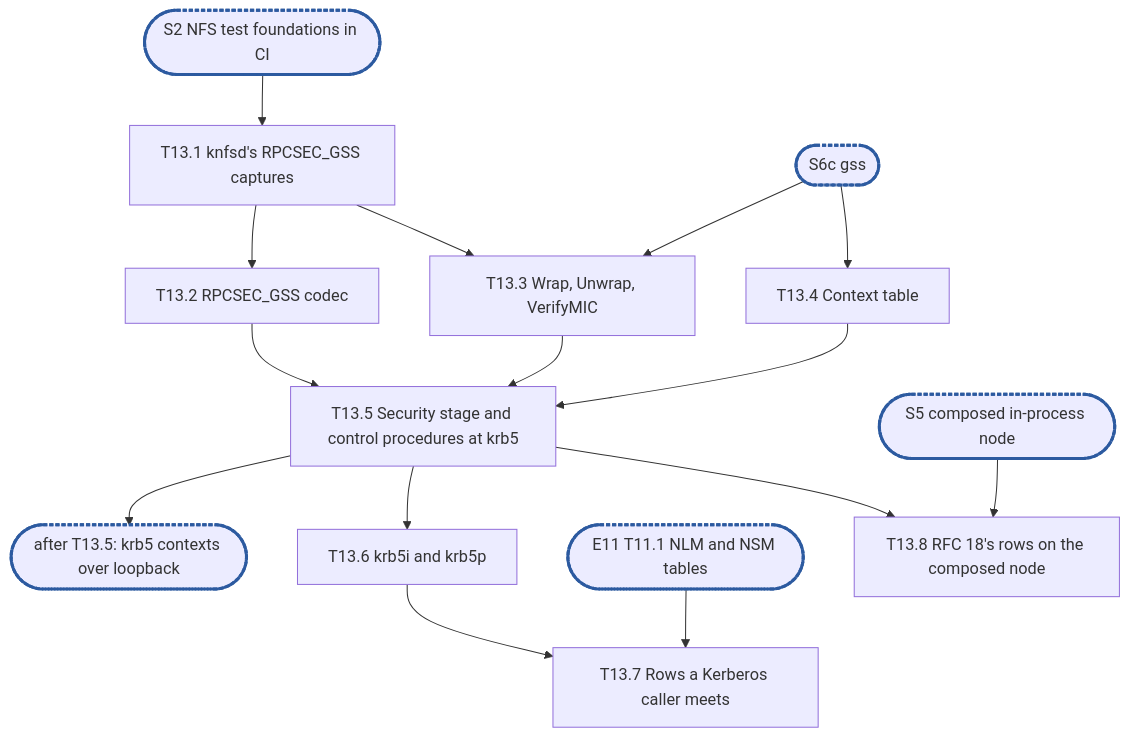
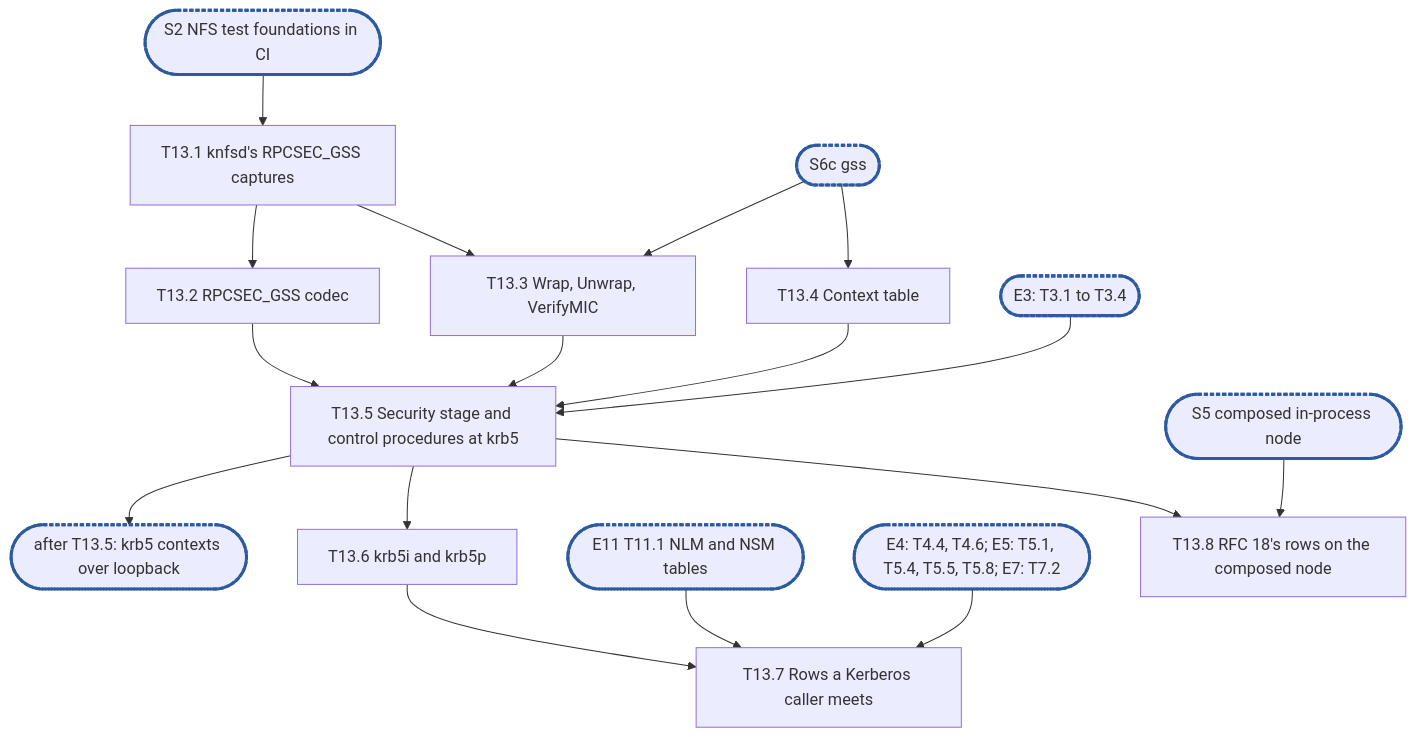
Before and after one commit to cubbit/dittofs: the diagram in .planning/rfc-21-nfs-epic13.md, drawn with Mermaid. The commit also changed other lines of this file, not shown here.

````diff
--- a/.planning/rfc-21-nfs-epic13.md
+++ b/.planning/rfc-21-nfs-epic13.md
@@ -643,16 +662,18 @@
 ```mermaid
 flowchart TD
   S2(["S2 NFS test foundations in CI"]):::sync --> T13_1["T13.1 knfsd's RPCSEC_GSS captures"]
   T13_1 --> T13_2["T13.2 RPCSEC_GSS codec"]
   S6c(["S6c gss"]):::sync --> T13_3["T13.3 Wrap, Unwrap, VerifyMIC"]
   T13_1 --> T13_3
   S6c --> T13_4["T13.4 Context table"]
   T13_2 & T13_3 & T13_4 --> T13_5["T13.5 Security stage and control procedures at krb5"]
+  E3(["E3: T3.1 to T3.4"]):::sync --> T13_5
   T13_5 --> C1(["after T13.5: krb5 contexts over loopback"]):::sync
   T13_5 --> T13_6["T13.6 krb5i and krb5p"]
   T13_6 --> T13_7["T13.7 Rows a Kerberos caller meets"]
   E11(["E11 T11.1 NLM and NSM tables"]):::sync --> T13_7
+  Eops(["E4: T4.4, T4.6; E5: T5.1, T5.4, T5.5, T5.8; E7: T7.2"]):::sync --> T13_7
   T13_5 --> T13_8["T13.8 RFC 18's rows on the composed node"]
   S5(["S5 composed in-process node"]):::sync --> T13_8
   classDef sync stroke:#2c5aa0,stroke-width:3px,stroke-dasharray:4 2
 ```
````
